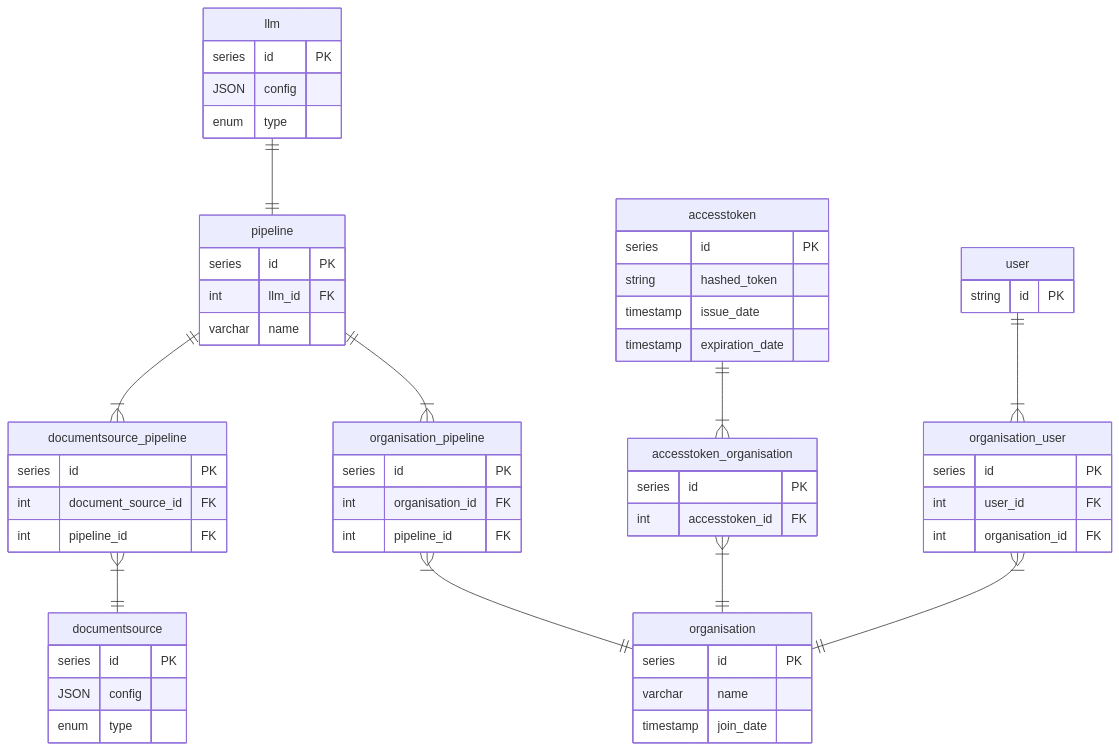
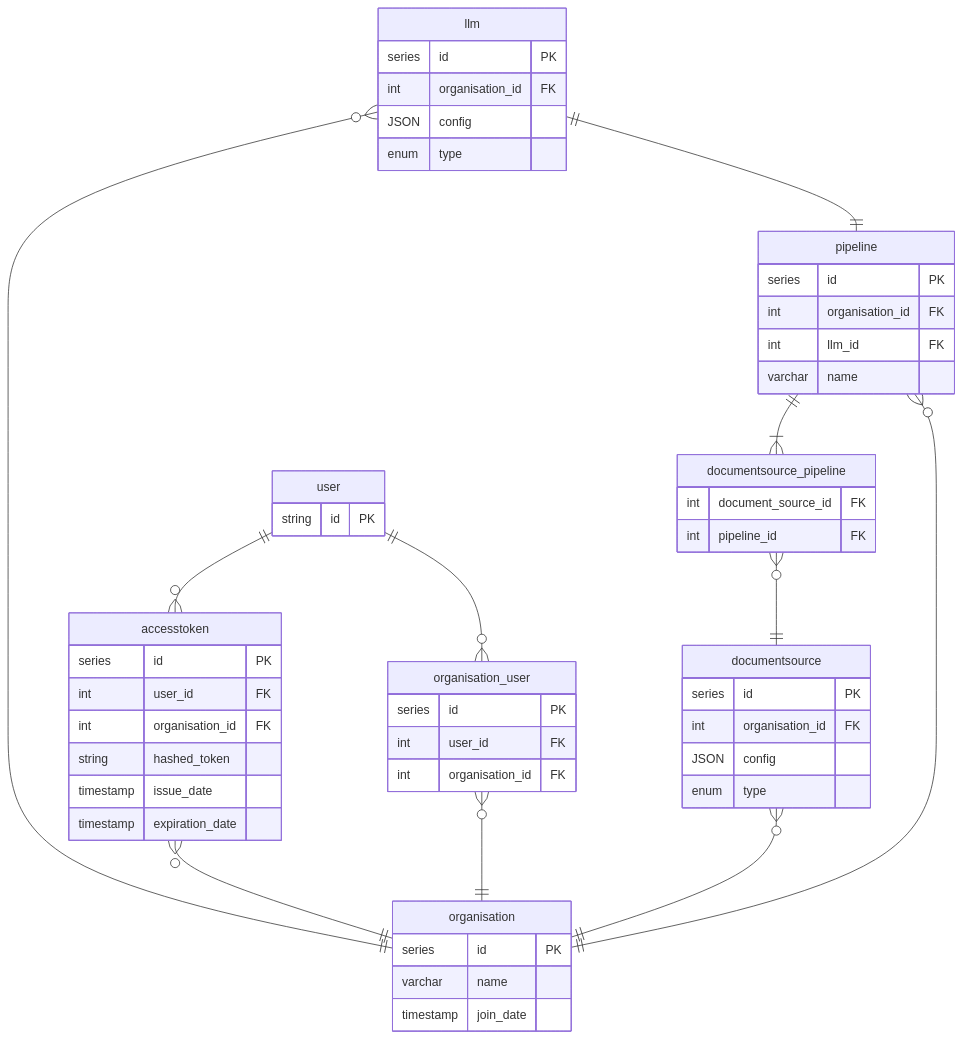
One commit to cy2hq/fontys-project-faqllm23-documentation changed the diagram in README.md. Above: the diagram before and after it, drawn with Mermaid.

````diff
--- a/README.md
+++ b/README.md
@@ -4,76 +3,69 @@
 ```mermaid
 erDiagram
 
 pipeline ||--|{ documentsource_pipeline : ""
-documentsource_pipeline }|--|| documentsource: ""
+documentsource_pipeline }o--|| documentsource: ""
+organisation ||--o{ pipeline: ""
+documentsource }o--|| organisation: ""
+llm }o--|| organisation: ""
 
-accesstoken ||--|{ accesstoken_organisation : ""
-accesstoken_organisation }|--|| organisation: ""
+accesstoken }o--|| organisation: ""
+user ||--o{ accesstoken: ""  
 
-pipeline ||--|{ organisation_pipeline : ""
-organisation_pipeline }|--|| organisation: ""
+user ||--o{ organisation_user : ""
 
-user ||--|{ organisation_user : ""
-organisation_user }|--|| organisation: ""
+organisation_user }o--|| organisation: ""
 
 llm ||--|| pipeline : ""
-
 
 organisation {
     series id PK
     varchar name
     timestamp join_date
 }
 
 user {
     string id PK
 }
 
 accesstoken {
     series id PK
+    int user_id FK
+    int organisation_id FK
     string hashed_token
     timestamp issue_date
     timestamp expiration_date
 }
 
 documentsource {
     series id PK
+    int organisation_id FK
     JSON config
     enum type
 }
 
 pipeline {
     series id PK
+    int organisation_id FK
     int llm_id FK
     varchar name
 }
 
 llm {
     series id PK
+    int organisation_id FK
     JSON config
     enum type
 }
 
 documentsource_pipeline {
-    series id PK
     int document_source_id FK
     int pipeline_id FK
 }
 
 organisation_user { 
     series id PK
     int user_id FK
     int organisation_id FK
 }
-
-accesstoken_organisation {
-    series id PK
-    int accesstoken_id FK
-}
-
-organisation_pipeline {
-    series id PK
-    int organisation_id FK
-    int pipeline_id FK
-}
 ```
````
